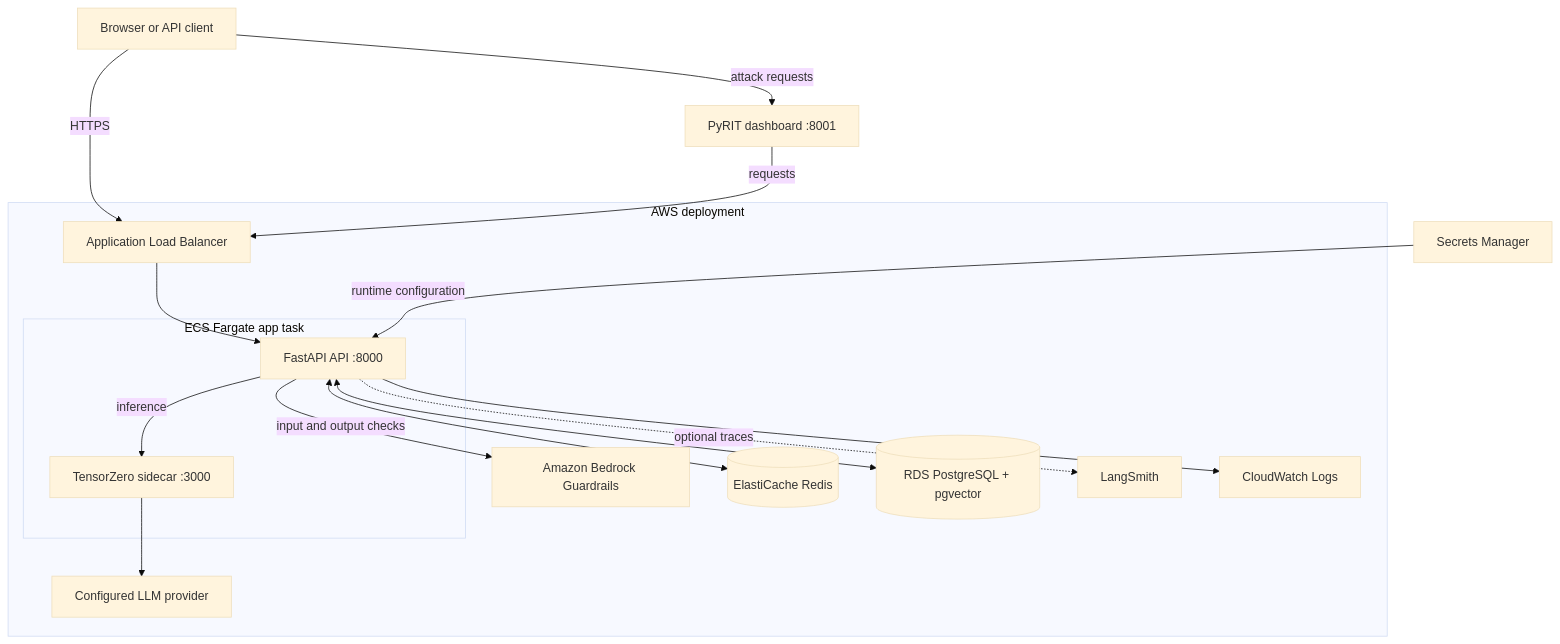
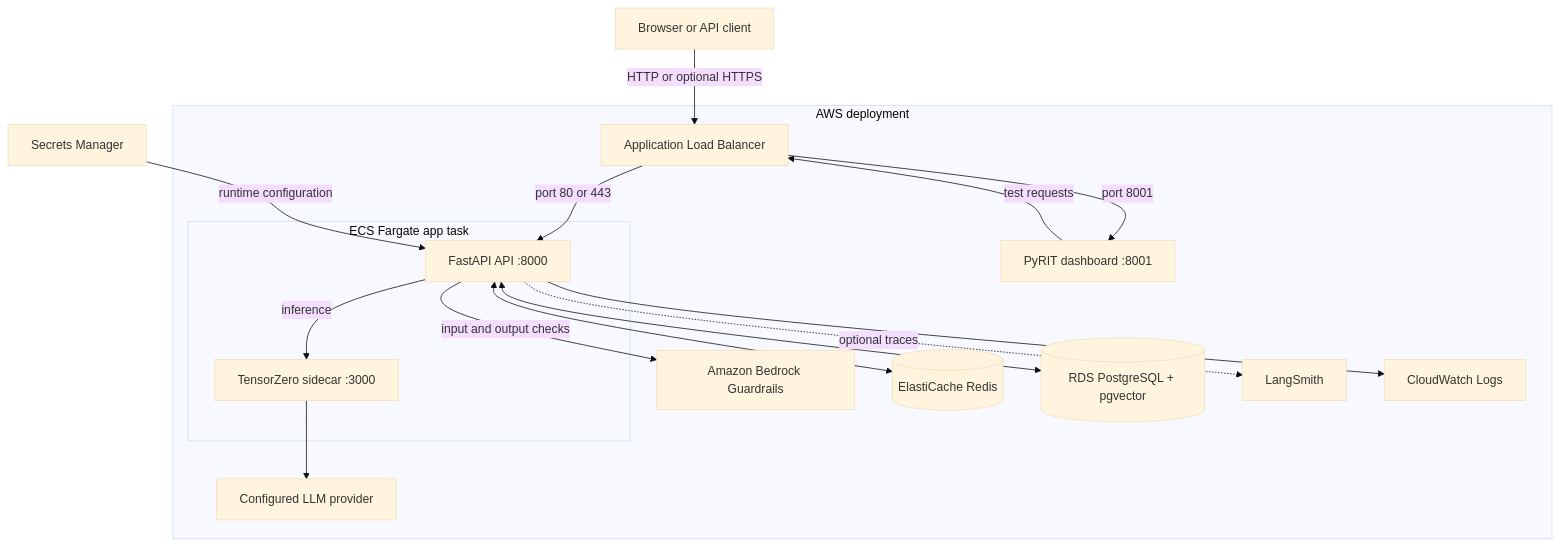
The first of 3 diagrams in README.md (Vivekk-007/Multi-Agent-AI-Research-Platform), drawn with Mermaid (base theme) before and after one commit. The commit also changed other lines of this file, not shown here.

````diff
--- a/README.md
+++ b/README.md
@@ -27,23 +27,23 @@
 ```mermaid
 flowchart TB
-    User[Browser or API client] -->|HTTPS| ALB[Application Load Balancer]
-    User -->|attack requests| PyRIT[PyRIT dashboard :8001]
-    PyRIT -->|requests| ALB
+    User[Browser or API client] -->|HTTP or optional HTTPS| ALB[Application Load Balancer]
 
     subgraph AWS[AWS deployment]
-      ALB --> App
+      ALB -->|port 80 or 443| App
+      ALB -->|port 8001| PyRIT[PyRIT dashboard :8001]
+      PyRIT -->|test requests| ALB
       subgraph Task[ECS Fargate app task]
         App[FastAPI API :8000]
         TZ[TensorZero sidecar :3000]
         App -->|inference| TZ
       end
       App -->|input and output checks| Guard[Amazon Bedrock Guardrails]
       App <--> Redis[(ElastiCache Redis)]
       App <--> DB[(RDS PostgreSQL + pgvector)]
       TZ --> Provider[Configured LLM provider]
       App -. optional traces .-> LangSmith[LangSmith]
       App --> Logs[CloudWatch Logs]
     end
 
     Secrets[Secrets Manager] -->|runtime configuration| App
 ```
````
